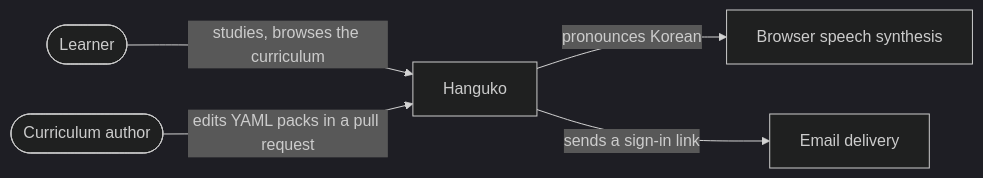
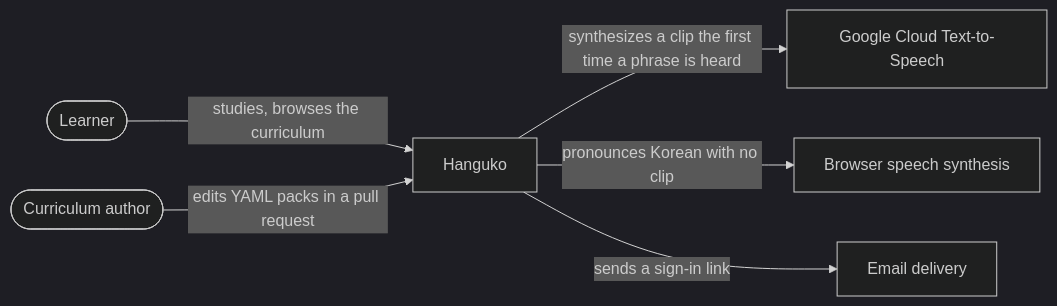
Before and after one commit to dylangleason/hanguko: the first of 4 diagrams in guides/architecture.md, drawn with Mermaid (dark theme). The commit also changed other lines of this file and 4 other files, not shown here.

````diff
--- a/guides/architecture.md
+++ b/guides/architecture.md
@@ -14,13 +14,15 @@
 ```mermaid
 flowchart LR
   learner([Learner])
   author([Curriculum author])
   app[Hanguko]
+  tts[Google Cloud Text-to-Speech]
   speech[Browser speech synthesis]
   mail[Email delivery]
 
   learner -->|studies, browses the curriculum| app
   author -->|edits YAML packs in a pull request| app
-  app -->|pronounces Korean| speech
+  app -->|synthesizes a clip the first time a phrase is heard| tts
+  app -->|pronounces Korean with no clip| speech
   app -->|sends a sign-in link| mail
 ```
````
